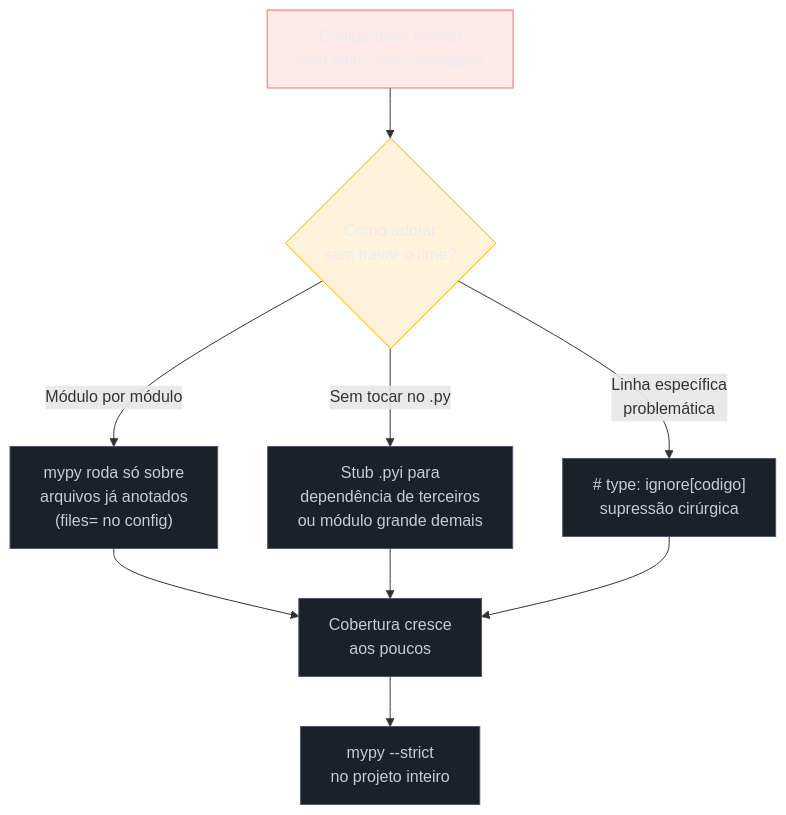
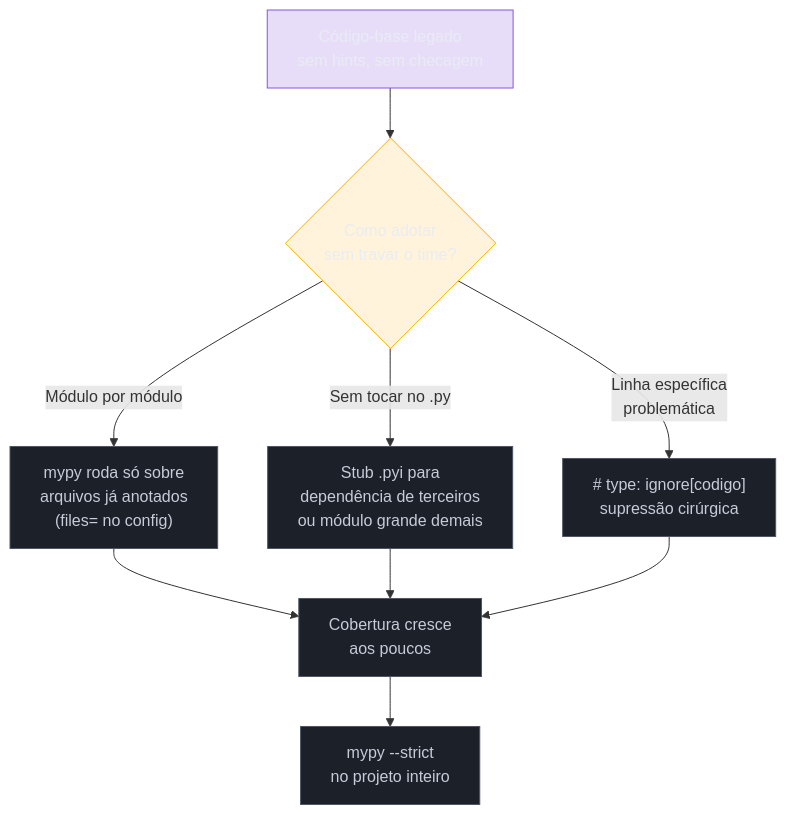
The diagram in 03-Dominios/Tecnologia/Python/Tipagem moderna/04 - mypy e pyright — checagem estática na prática.md (josenaldo/codex-technomanticus), drawn with Mermaid before and after one commit. The commit also changed 601 other files, not shown here.

````diff
--- a/03-Dominios/Tecnologia/Python/Tipagem moderna/04 - mypy e pyright — checagem estática na prática.md
+++ b/03-Dominios/Tecnologia/Python/Tipagem moderna/04 - mypy e pyright — checagem estática na prática.md
@@ -191,22 +191,22 @@
 ```mermaid
 flowchart TD
-    classDef falha fill:#FF6B6B24,stroke:#FF6B6B,color:#E9ECF2
+    classDef marca fill:#8855DF33,stroke:#8855DF,color:#E9ECF2
     classDef destaque fill:#FFAA0024,stroke:#FFAA00,color:#E9ECF2
     classDef neutro fill:#1B2029,stroke:#4E5666,color:#C6CCD8
     A["Código-base legado\nsem hints, sem checagem"] --> B{"Como adotar\nsem travar o time?"}
     B -->|"Módulo por módulo"| C["mypy roda só sobre\narquivos já anotados\n(files= no config)"]
     B -->|"Sem tocar no .py"| D["Stub .pyi para\ndependência de terceiros\nou módulo grande demais"]
     B -->|"Linha específica\nproblemática"| E["# type: ignore[codigo]\nsupressão cirúrgica"]
     C --> F["Cobertura cresce\naos poucos"]
     D --> F
     E --> F
     F --> G["mypy --strict\nno projeto inteiro"]
 
-    class A falha
+    class A marca
     class B destaque
     class C neutro
     class D neutro
     class E neutro
     class F neutro
     class G neutro
 ```
````
